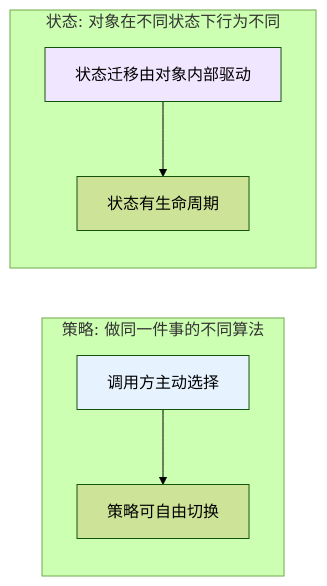
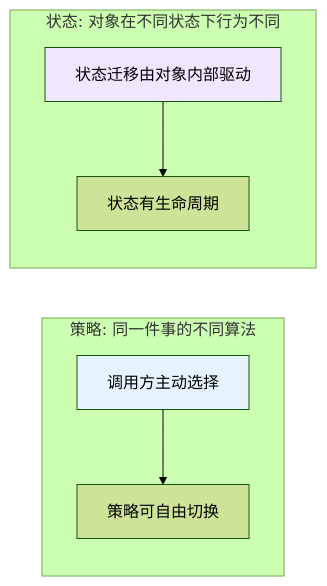
The third of 6 diagrams in docs/08.编程/03.巧学设计模式/14.策略者模式设计思想.md (chongyang211/YCBookBlog), drawn with Mermaid (forest theme) before and after one commit. The commit also changed other lines of this file and 4 other files, not shown here.

````diff
--- a/docs/08.编程/03.巧学设计模式/14.策略者模式设计思想.md
+++ b/docs/08.编程/03.巧学设计模式/14.策略者模式设计思想.md
@@ -208,11 +239,11 @@
 ```mermaid
 flowchart LR
-    subgraph 策略[策略: 做同一件事的不同算法]
+    subgraph 策略["策略: 同一件事的不同算法"]
         S1[调用方主动选择] --> S2[策略可自由切换]
     end
-    subgraph 状态[状态: 对象在不同状态下行为不同]
+    subgraph 状态["状态: 对象在不同状态下行为不同"]
         T1[状态迁移由对象内部驱动] --> T2[状态有生命周期]
     end
     style S1 fill:#e6f3ff
     style T1 fill:#f0e6ff
 ```
````
